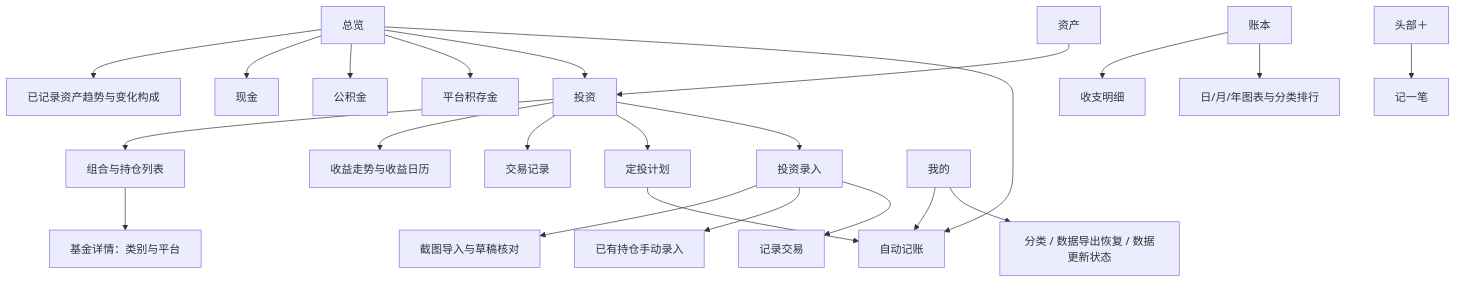
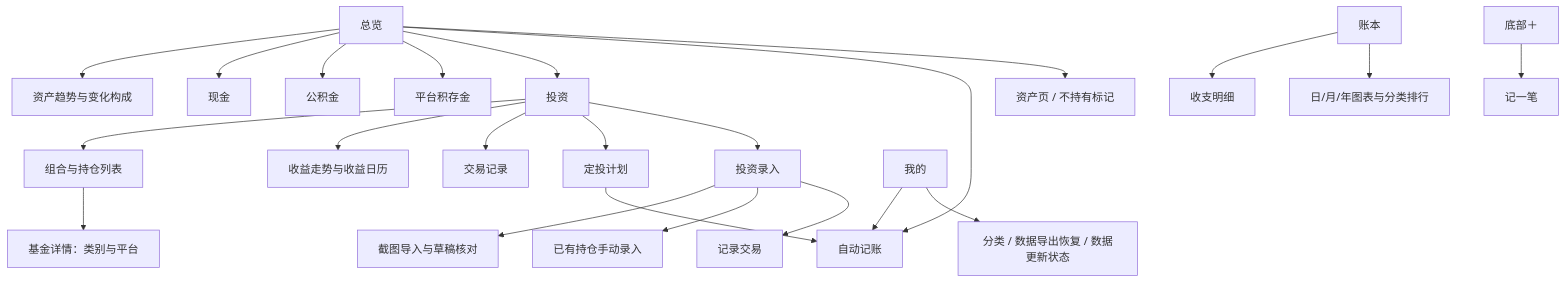
The first of 4 diagrams in docs/product/资产管家-产品设计文档-V1.1.md (zhousl0801/asset-manager), drawn with Mermaid before and after one commit. The commit also changed other lines of this file and 5 other files, not shown here.

````diff
--- a/docs/product/资产管家-产品设计文档-V1.1.md
+++ b/docs/product/资产管家-产品设计文档-V1.1.md
@@ -93,25 +94,25 @@
 ```mermaid
 flowchart TD
-    Home[总览] --> Trend[已记录资产趋势与变化构成]
+    Home[总览] --> Trend[资产趋势与变化构成]
     Home --> Cash[现金]
     Home --> PF[公积金]
     Home --> Gold[平台积存金]
     Home --> Invest[投资]
     Home --> Plans[自动记账]
-    Assets[资产] --> Invest
+    Home --> Assets[资产页 / 不持有标记]
     Ledger[账本] --> Details[收支明细]
     Ledger --> Charts[日/月/年图表与分类排行]
-    Plus[头部＋] --> Entry[记一笔]
+    Plus[底部＋] --> Entry[记一笔]
     Invest --> Holdings[组合与持仓列表]
     Holdings --> Fund[基金详情：类别与平台]
     Invest --> Returns[收益走势与收益日历]
     Invest --> Trades[交易记录]
     Invest --> Recurring[定投计划]
     Invest --> Add[投资录入]
     Add --> Import[截图导入与草稿核对]
     Add --> Manual[已有持仓手动录入]
     Add --> Trade[记录交易]
     Recurring --> Plans
     Mine[我的] --> Plans
     Mine --> Settings[分类 / 数据导出恢复 / 数据更新状态]
 ```
````
